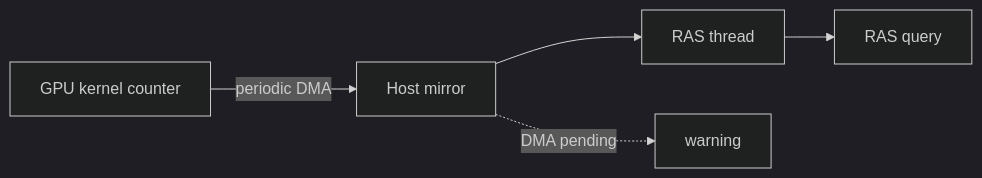
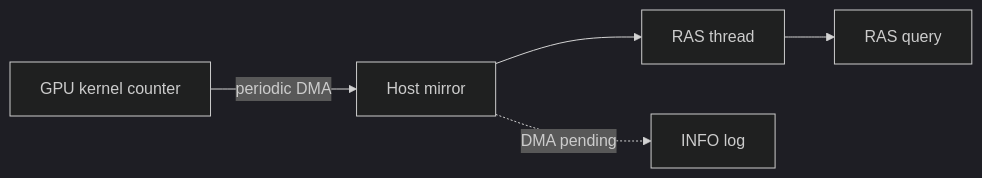
One commit to littlemex/zenn changed the third of 4 diagrams in articles/9ab10d37f33ced.md. Above: the diagram before and after it, drawn with Mermaid (dark theme). The commit also changed other lines of this file, not shown here.

````diff
--- a/articles/9ab10d37f33ced.md
+++ b/articles/9ab10d37f33ced.md
@@ -211,7 +205,7 @@
 ```mermaid
 flowchart LR
   KC[GPU kernel counter] -->|periodic DMA| M[Host mirror]
   M --> R[RAS thread]
   R --> Q[RAS query]
-  M -.->|DMA pending| W[warning]
+  M -.->|DMA pending| W[INFO log]
 ```
````
